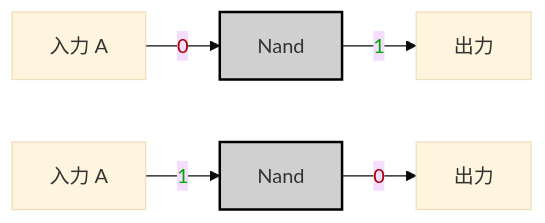
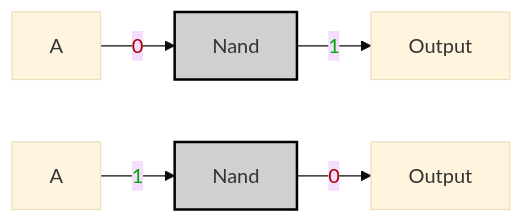
Before and after one commit to MeJamoLeo/Vault_Templates: the second of 2 diagrams in 99_Projects/Nand2Tetris/HackHDL/01_NOT.md, drawn with Mermaid (base theme). The commit also changed other lines of this file and 3 other files, not shown here.

````diff
--- a/99_Projects/Nand2Tetris/HackHDL/01_NOT.md
+++ b/99_Projects/Nand2Tetris/HackHDL/01_NOT.md
@@ -53,10 +53,10 @@
 ```mermaid
 graph LR;
-    A["入力 A"] -->|<span style="color:#a00">0</span>| Nand0;
-    Nand0["Nand"]:::gate -->|<span style="color:#0a0">1</span>| OUT0["出力"];
+    A["A"] -->|<span style="color:#a00">0</span>| Nand0;
+    Nand0["Nand"]:::gate -->|<span style="color:#0a0">1</span>| OUT0["Output"];
 
-    A1["入力 A"] -->|<span style="color:#0a0">1</span>| Nand1;
-    Nand1["Nand"]:::gate -->|<span style="color:#a00">0</span>| OUT1["出力"];
+    A1["A"] -->|<span style="color:#0a0">1</span>| Nand1;
+    Nand1["Nand"]:::gate -->|<span style="color:#a00">0</span>| OUT1["Output"];
 
     classDef gate fill:#d0d0d0,stroke:#000,stroke-width:2px;
 ```
````
